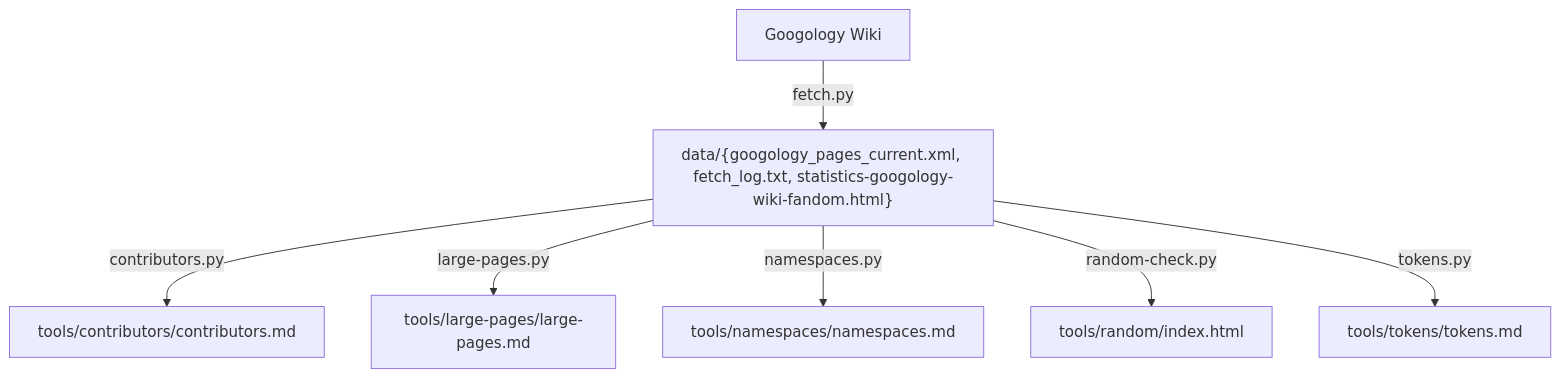
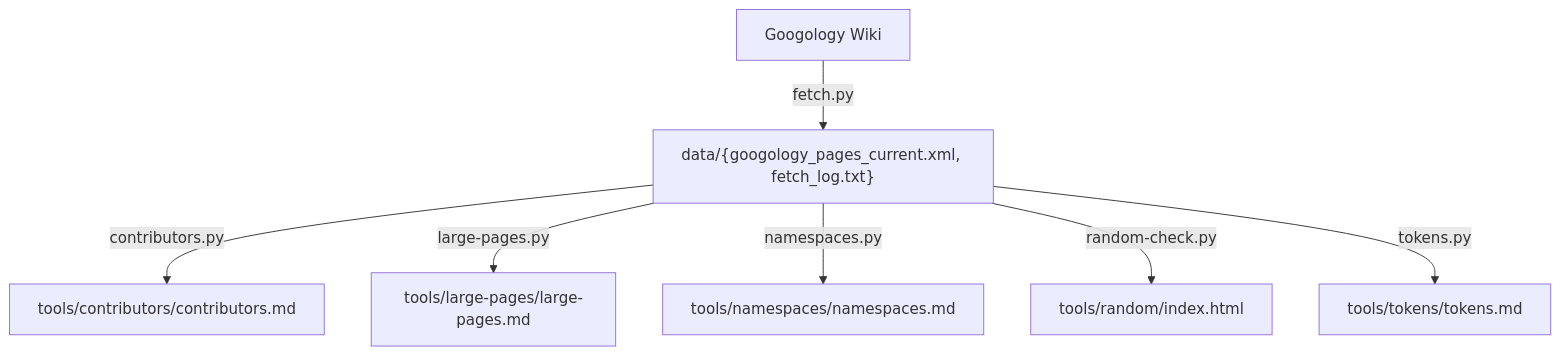
One commit to koteitan/googolbook-lm changed the diagram in tools/README.md. Above: the diagram before and after it, drawn with Mermaid. The commit also changed other lines of this file and 4 other files, not shown here.

````diff
--- a/tools/README.md
+++ b/tools/README.md
@@ -18,9 +18,9 @@
 ```mermaid
 graph TD
-    A[Googology Wiki] -->|fetch.py| B["data/{googology_pages_current.xml, fetch_log.txt, statistics-googology-wiki-fandom.html}"]
+    A[Googology Wiki] -->|fetch.py| B["data/{googology_pages_current.xml, fetch_log.txt}"]
     B -->|contributors.py| C[tools/contributors/contributors.md]
     B -->|large-pages.py| D[tools/large-pages/large-pages.md]
     B -->|namespaces.py| E[tools/namespaces/namespaces.md]
     B -->|random-check.py| F[tools/random/index.html]
     B -->|tokens.py| G[tools/tokens/tokens.md]
 ```
````
